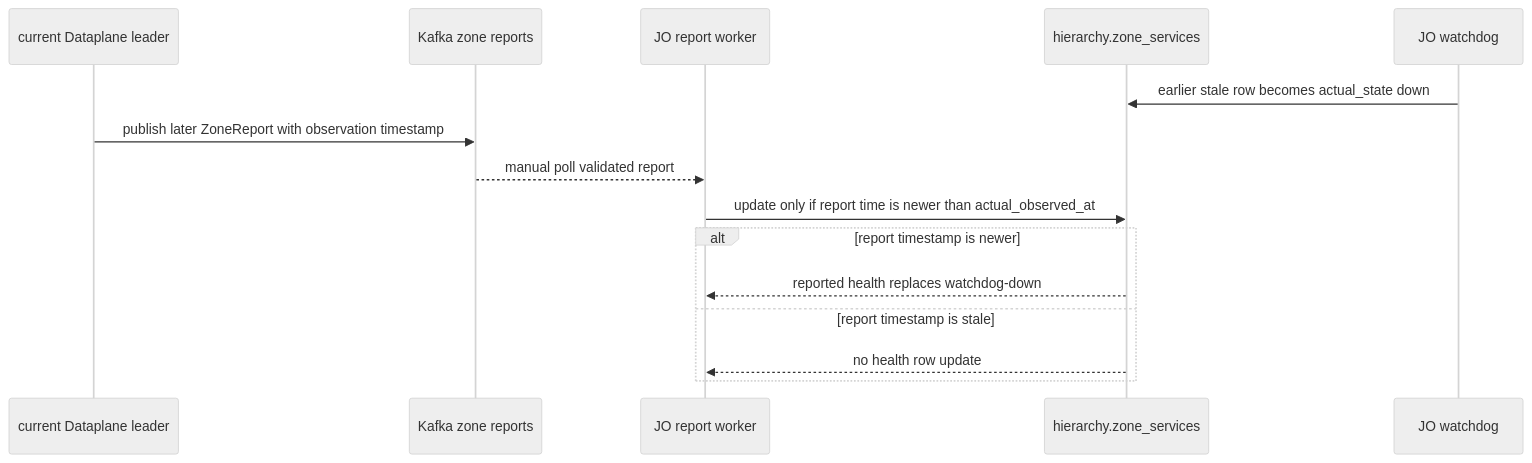
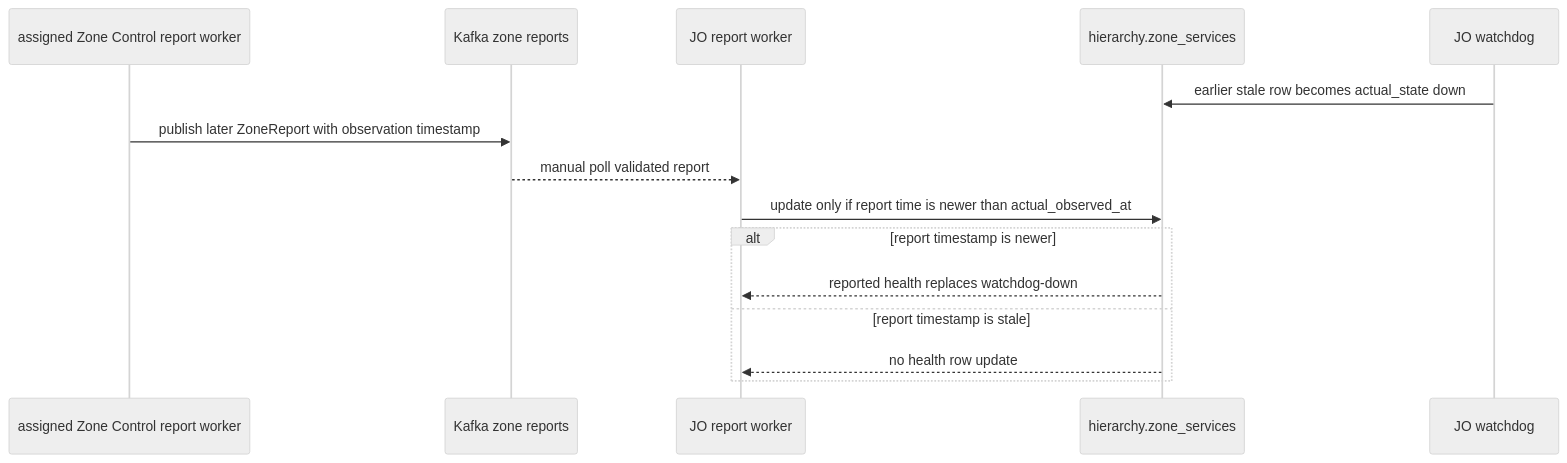
The third of 3 diagrams in god_view/zone_runtime/zone_health_watchdog_god_view_workflow.md (phucle996/aurora), drawn with Mermaid (neutral theme) before and after one commit. The commit also changed other lines of this file and 58 other files, not shown here.

Commit message:
refactor(zone): complete distributed control cutover

````diff
--- a/god_view/zone_runtime/zone_health_watchdog_god_view_workflow.md
+++ b/god_view/zone_runtime/zone_health_watchdog_god_view_workflow.md
@@ -140,18 +140,18 @@
 ```mermaid
 sequenceDiagram
-    participant DP as current Dataplane leader
+    participant DP as assigned Zone Control report worker
     participant K as Kafka zone reports
     participant JR as JO report worker
     participant PG as hierarchy.zone_services
     participant WD as JO watchdog
 
     WD->>PG: earlier stale row becomes actual_state down
     DP->>K: publish later ZoneReport with observation timestamp
     K-->>JR: manual poll validated report
     JR->>PG: update only if report time is newer than actual_observed_at
     alt report timestamp is newer
         PG-->>JR: reported health replaces watchdog-down
     else report timestamp is stale
         PG-->>JR: no health row update
     end
 ```
````
